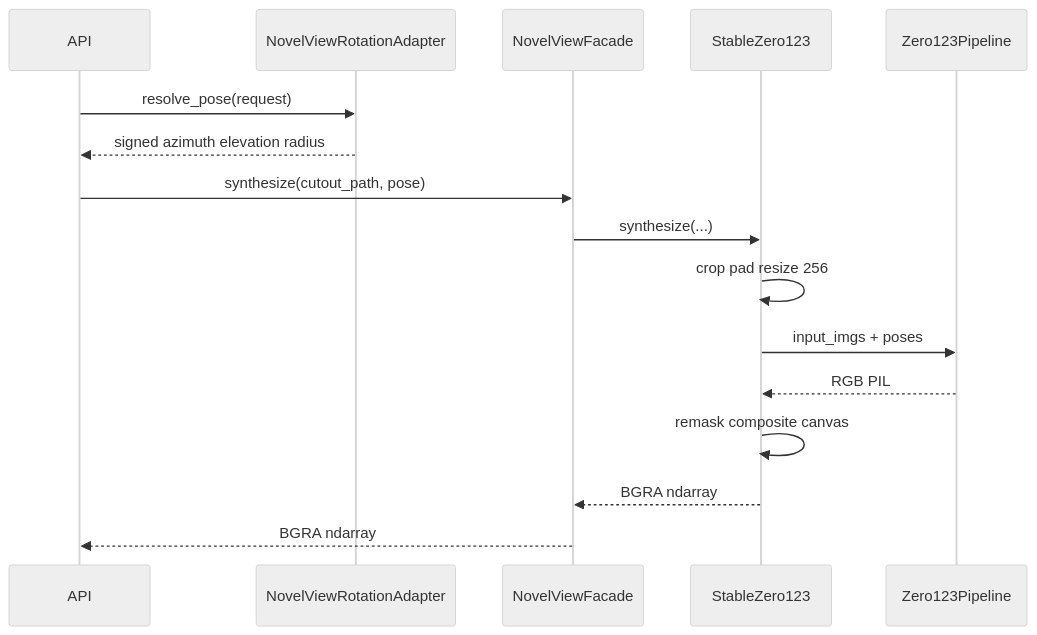
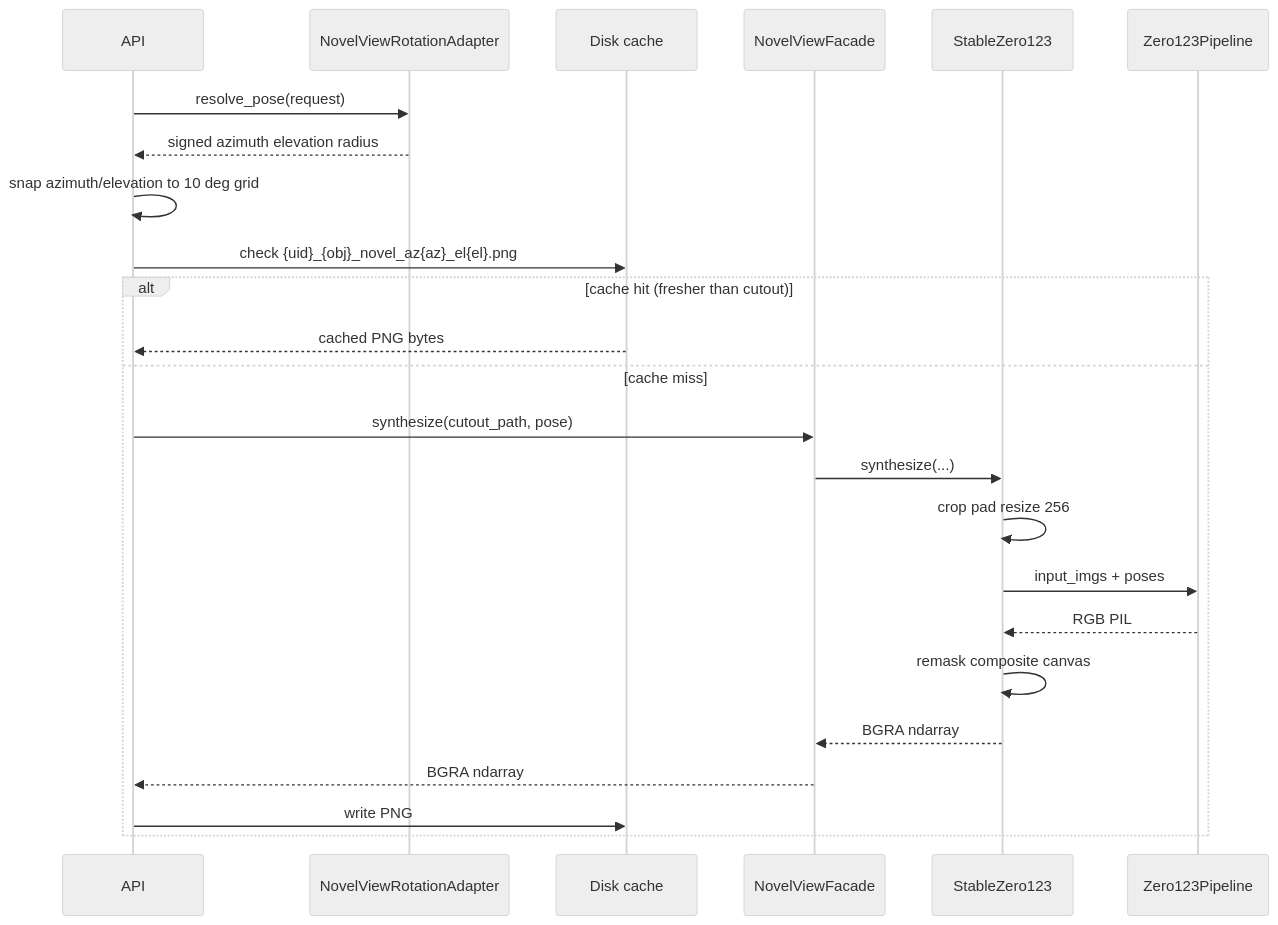
The diagram in docs/ai-pipeline/ai-engines/novel-view/flow.md (1mache/avroom), drawn with Mermaid (neutral theme) before and after one commit. The commit also changed other lines of this file and 15 other files, not shown here.

````diff
--- a/docs/ai-pipeline/ai-engines/novel-view/flow.md
+++ b/docs/ai-pipeline/ai-engines/novel-view/flow.md
@@ -17,19 +19,27 @@
 ```mermaid
 sequenceDiagram
   participant API
   participant Adapter as NovelViewRotationAdapter
+  participant Cache as Disk cache
   participant Facade as NovelViewFacade
   participant Strategy as StableZero123
   participant Model as Zero123Pipeline
 
   API->>Adapter: resolve_pose(request)
   Adapter-->>API: signed azimuth elevation radius
-  API->>Facade: synthesize(cutout_path, pose)
-  Facade->>Strategy: synthesize(...)
-  Strategy->>Strategy: crop pad resize 256
-  Strategy->>Model: input_imgs + poses
-  Model-->>Strategy: RGB PIL
-  Strategy->>Strategy: remask composite canvas
-  Strategy-->>Facade: BGRA ndarray
-  Facade-->>API: BGRA ndarray
+  API->>API: snap azimuth/elevation to 10 deg grid
+  API->>Cache: check {uid}_{obj}_novel_az{az}_el{el}.png
+  alt cache hit (fresher than cutout)
+    Cache-->>API: cached PNG bytes
+  else cache miss
+    API->>Facade: synthesize(cutout_path, pose)
+    Facade->>Strategy: synthesize(...)
+    Strategy->>Strategy: crop pad resize 256
+    Strategy->>Model: input_imgs + poses
+    Model-->>Strategy: RGB PIL
+    Strategy->>Strategy: remask composite canvas
+    Strategy-->>Facade: BGRA ndarray
+    Facade-->>API: BGRA ndarray
+    API->>Cache: write PNG
+  end
 ```
````
